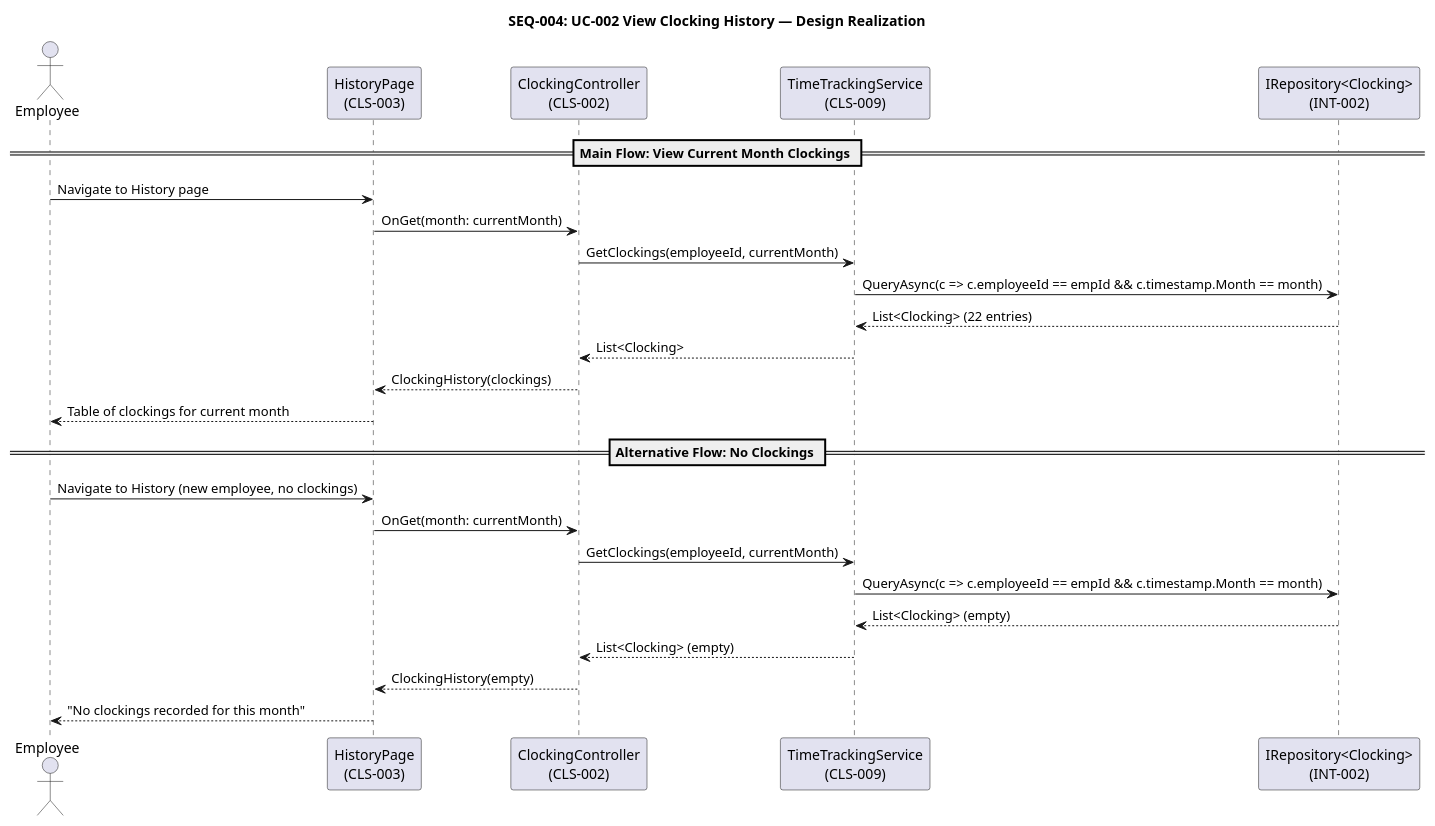
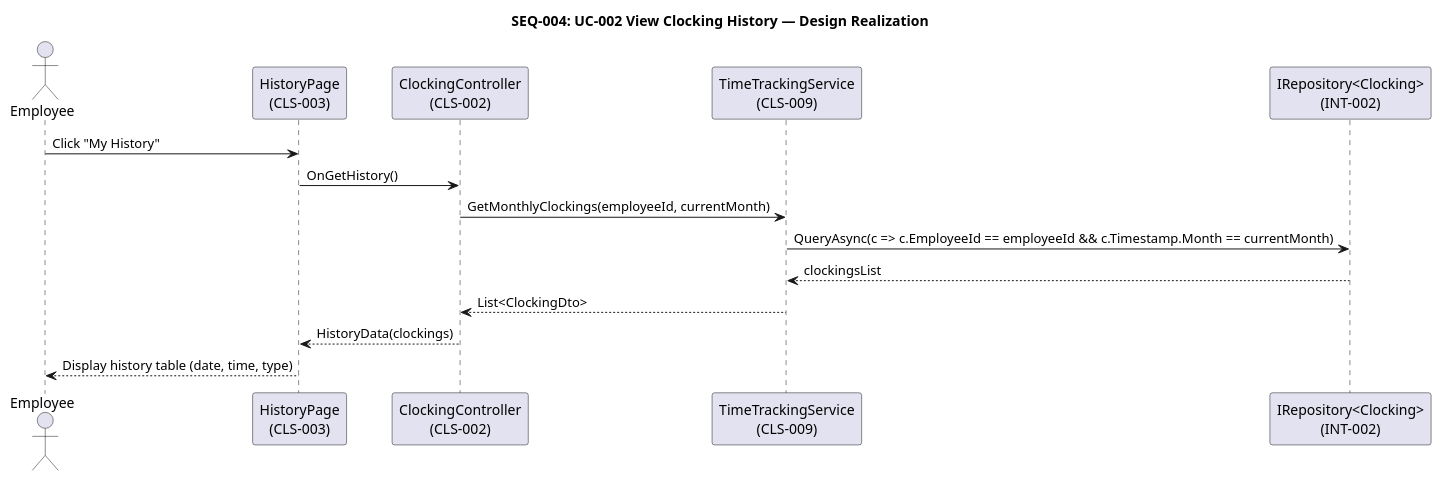
One commit to banense-test/demo-janke-lab changed the ninth of 26 diagrams in docs/artifacts/analysis---design/design-model.md. Above: the diagram before and after it, drawn with PlantUML. The commit also changed other lines of this file, not shown here.

````diff
--- a/docs/artifacts/analysis---design/design-model.md
+++ b/docs/artifacts/analysis---design/design-model.md
@@ -733,34 +651,21 @@
 ```plantuml
 @startuml
 title SEQ-004: UC-002 View Clocking History — Design Realization
 
 actor "Employee" as EMP
 participant "HistoryPage\n(CLS-003)" as UI
 participant "ClockingController\n(CLS-002)" as CTRL
 participant "TimeTrackingService\n(CLS-009)" as TS
 participant "IRepository<Clocking>\n(INT-002)" as REPO
 
-== Main Flow: View Current Month Clockings ==
-
-EMP -> UI : Navigate to History page
-UI -> CTRL : OnGet(month: currentMonth)
-CTRL -> TS : GetClockings(employeeId, currentMonth)
-TS -> REPO : QueryAsync(c => c.employeeId == empId && c.timestamp.Month == month)
-REPO --> TS : List<Clocking> (22 entries)
-TS --> CTRL : List<Clocking>
-CTRL --> UI : ClockingHistory(clockings)
-UI --> EMP : Table of clockings for current month
-
-== Alternative Flow: No Clockings ==
-
-EMP -> UI : Navigate to History (new employee, no clockings)
-UI -> CTRL : OnGet(month: currentMonth)
-CTRL -> TS : GetClockings(employeeId, currentMonth)
-TS -> REPO : QueryAsync(c => c.employeeId == empId && c.timestamp.Month == month)
-REPO --> TS : List<Clocking> (empty)
-TS --> CTRL : List<Clocking> (empty)
-CTRL --> UI : ClockingHistory(empty)
-UI --> EMP : "No clockings recorded for this month"
+EMP -> UI : Click "My History"
+UI -> CTRL : OnGetHistory()
+CTRL -> TS : GetMonthlyClockings(employeeId, currentMonth)
+TS -> REPO : QueryAsync(c => c.EmployeeId == employeeId && c.Timestamp.Month == currentMonth)
+REPO --> TS : clockingsList
+TS --> CTRL : List<ClockingDto>
+CTRL --> UI : HistoryData(clockings)
+UI --> EMP : Display history table (date, time, type)
 
 @enduml
 ```
````
